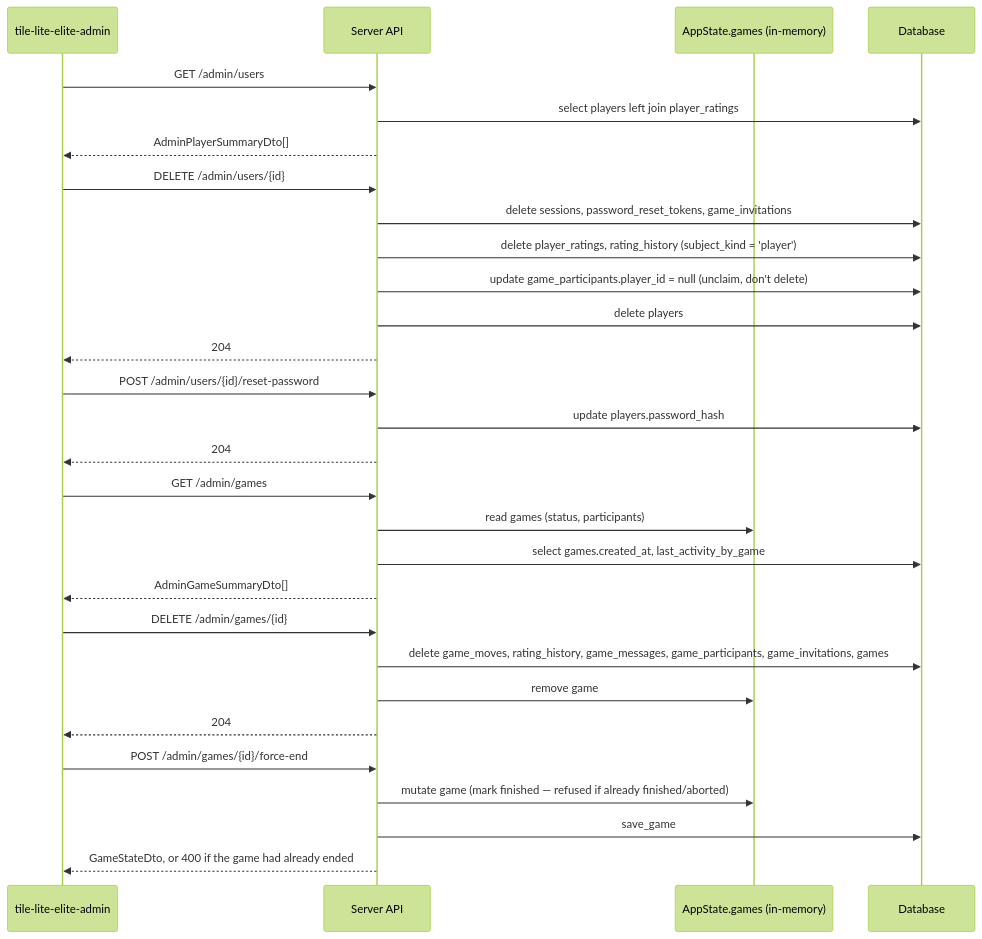
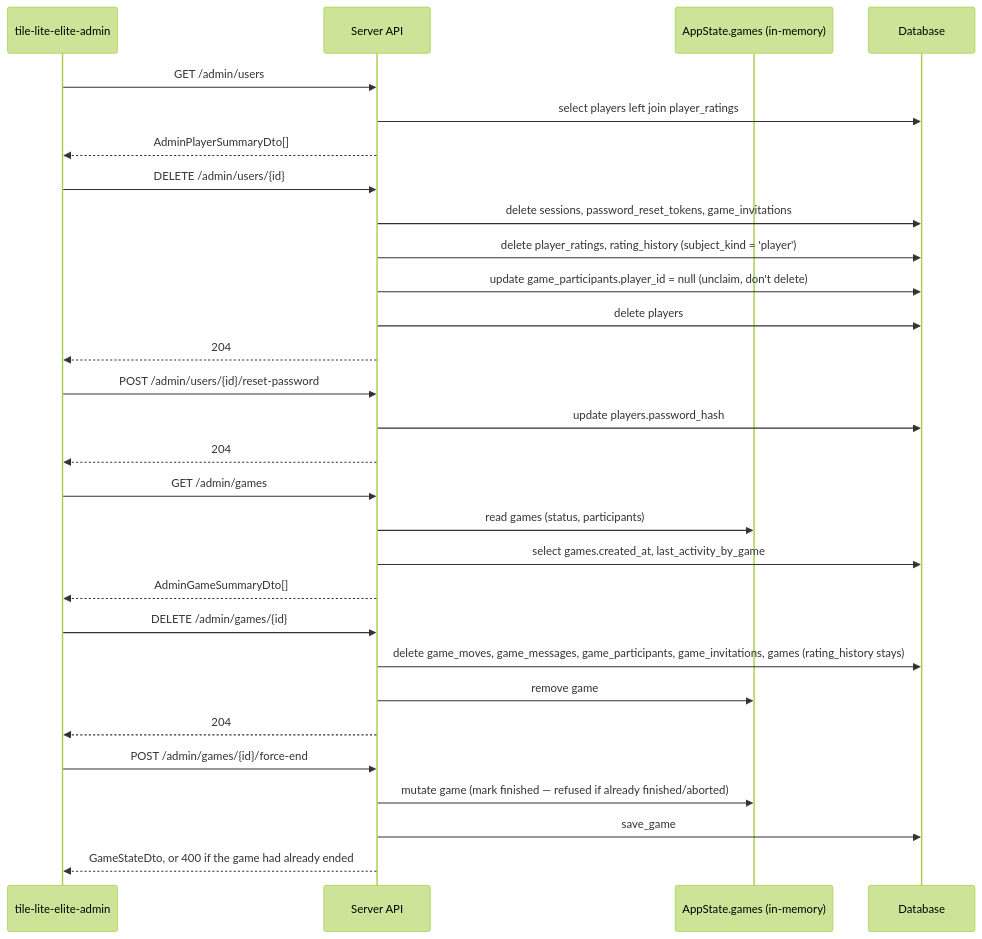
One commit to delphside/tile-lite-elite changed the ninth of 9 diagrams in docs/4.3-api-schema.md. Above: the diagram before and after it, drawn with Mermaid (forest theme). The commit also changed 1 other file, not shown here.

Commit message:
app 0.9.1 api 2.15: rating history survives delete_game; 4.2 and 4.3 said it was deleted
persistence::delete_game deletes moves, messages, participants,
invitations and the game, and leaves rating_history (its doc comment
explains why: RET-2, DEL-10). 4.2's rating_history field and retention
table, and 4.3's admin diagram, still described the earlier behaviour.

Found by the test-designer trial (#441), which read only the rules and
the reference documents and noticed DEL-10 contradicting 4.3's diagram.
Claude's own re-verification of 4.2 the day before had missed it.

Refs #441

````diff
--- a/docs/4.3-api-schema.md
+++ b/docs/4.3-api-schema.md
@@ -990,37 +990,37 @@
 ```mermaid
 sequenceDiagram
     participant CLI as tile-lite-elite-admin
     participant API as Server API
     participant Mem as AppState.games (in-memory)
     participant DB as Database
 
     CLI->>API: GET /admin/users
     API->>DB: select players left join player_ratings
     API-->>CLI: AdminPlayerSummaryDto[]
 
     CLI->>API: DELETE /admin/users/{id}
     API->>DB: delete sessions, password_reset_tokens, game_invitations
     API->>DB: delete player_ratings, rating_history (subject_kind = 'player')
     API->>DB: update game_participants.player_id = null (unclaim, don't delete)
     API->>DB: delete players
     API-->>CLI: 204
 
     CLI->>API: POST /admin/users/{id}/reset-password
     API->>DB: update players.password_hash
     API-->>CLI: 204
 
     CLI->>API: GET /admin/games
     API->>Mem: read games (status, participants)
     API->>DB: select games.created_at, last_activity_by_game
     API-->>CLI: AdminGameSummaryDto[]
 
     CLI->>API: DELETE /admin/games/{id}
-    API->>DB: delete game_moves, rating_history, game_messages, game_participants, game_invitations, games
+    API->>DB: delete game_moves, game_messages, game_participants, game_invitations, games (rating_history stays)
     API->>Mem: remove game
     API-->>CLI: 204
 
     CLI->>API: POST /admin/games/{id}/force-end
     API->>Mem: mutate game (mark finished — refused if already finished/aborted)
     API->>DB: save_game
     API-->>CLI: GameStateDto, or 400 if the game had already ended
 ```
````
